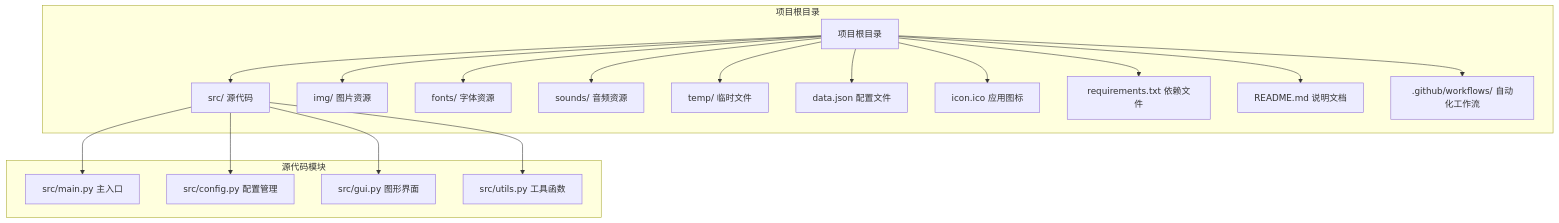
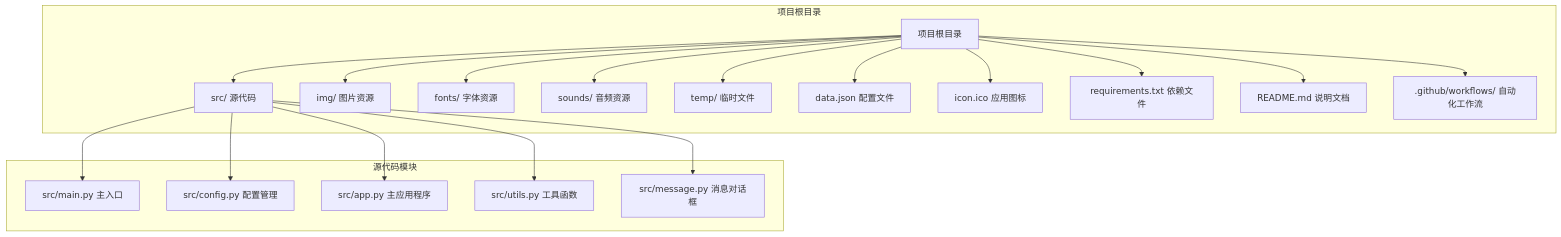
Before and after one commit to TuxLin123233/MC-Save-Importer: the first of 9 diagrams in .qoder/repowiki/zh/content/构建与部署.md, drawn with Mermaid. The commit also changed other lines of this file and 4 other files, not shown here.

````diff
--- a/.qoder/repowiki/zh/content/构建与部署.md
+++ b/.qoder/repowiki/zh/content/构建与部署.md
@@ -39,36 +47,38 @@
 ```mermaid
 graph TB
 subgraph "项目根目录"
 Root[项目根目录]
 Src[src/ 源代码]
 Img[img/ 图片资源]
 Fonts[fonts/ 字体资源]
 Sounds[sounds/ 音频资源]
 Temp[temp/ 临时文件]
 Data[data.json 配置文件]
 Icon[icon.ico 应用图标]
 Req[requirements.txt 依赖文件]
 Readme[README.md 说明文档]
 Workflow[.github/workflows/ 自动化工作流]
 end
 subgraph "源代码模块"
 Main[src/main.py 主入口]
 Config[src/config.py 配置管理]
-GUI[src/gui.py 图形界面]
+App[src/app.py 主应用程序]
 Utils[src/utils.py 工具函数]
+Message[src/message.py 消息对话框]
 end
 Src --> Main
 Src --> Config
-Src --> GUI
+Src --> App
 Src --> Utils
+Src --> Message
 Root --> Src
 Root --> Img
 Root --> Fonts
 Root --> Sounds
 Root --> Temp
 Root --> Data
 Root --> Icon
 Root --> Req
 Root --> Readme
 Root --> Workflow
 ```
````
